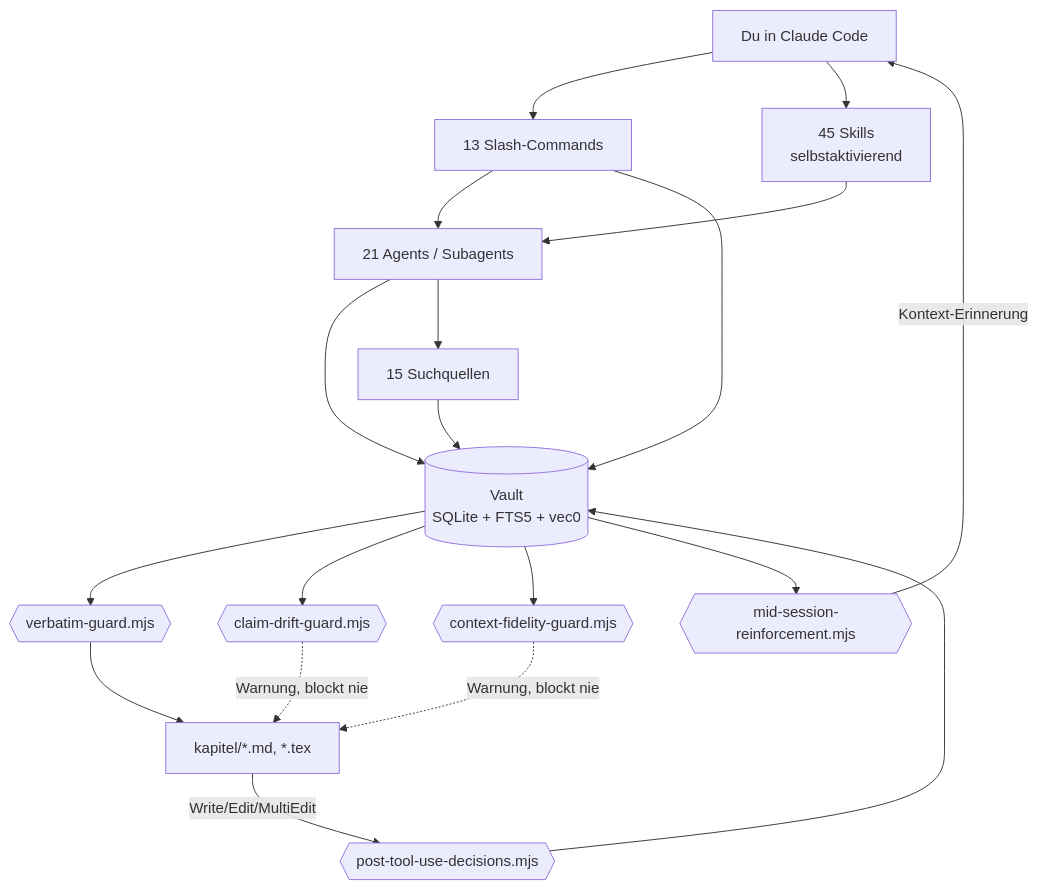
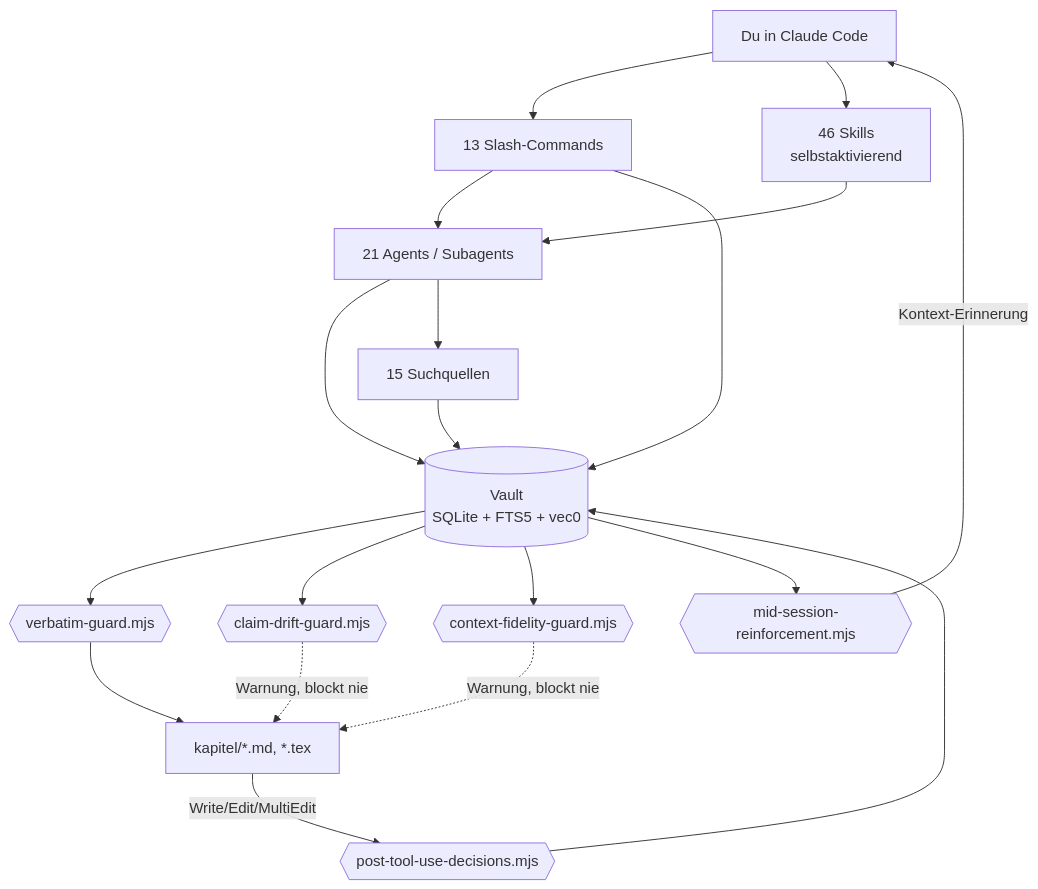
The diagram in docs/reference/architecture.md (ahlerjam/academic-research), drawn with Mermaid before and after one commit. The commit also changed other lines of this file and 23 other files, not shown here.

````diff
--- a/docs/reference/architecture.md
+++ b/docs/reference/architecture.md
@@ -14,23 +14,23 @@
 ```mermaid
 graph TD
     U[Du in Claude Code] --> CMD[13 Slash-Commands]
-    U --> SK[45 Skills<br/>selbstaktivierend]
+    U --> SK[46 Skills<br/>selbstaktivierend]
     CMD --> AG[21 Agents / Subagents]
     SK --> AG
     AG --> V[(Vault<br/>SQLite + FTS5 + vec0)]
     CMD --> V
     AG --> Q[15 Suchquellen]
     Q --> V
 
     V --> VG{{verbatim-guard.mjs}}
     V --> CDG{{claim-drift-guard.mjs}}
     V --> CFG{{context-fidelity-guard.mjs}}
     VG --> K[kapitel/*.md, *.tex]
     CDG -.Warnung, blockt nie.-> K
     CFG -.Warnung, blockt nie.-> K
 
     K -->|Write/Edit/MultiEdit| PTD{{post-tool-use-decisions.mjs}}
     PTD --> V
     V --> MSR{{mid-session-reinforcement.mjs}}
     MSR -->|Kontext-Erinnerung| U
 ```
````
